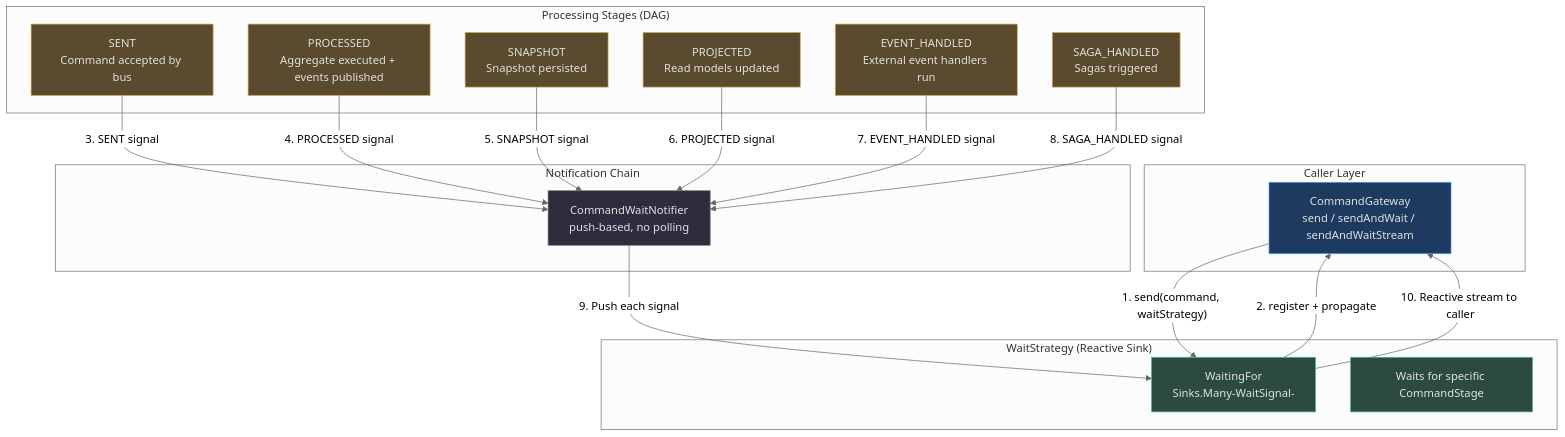
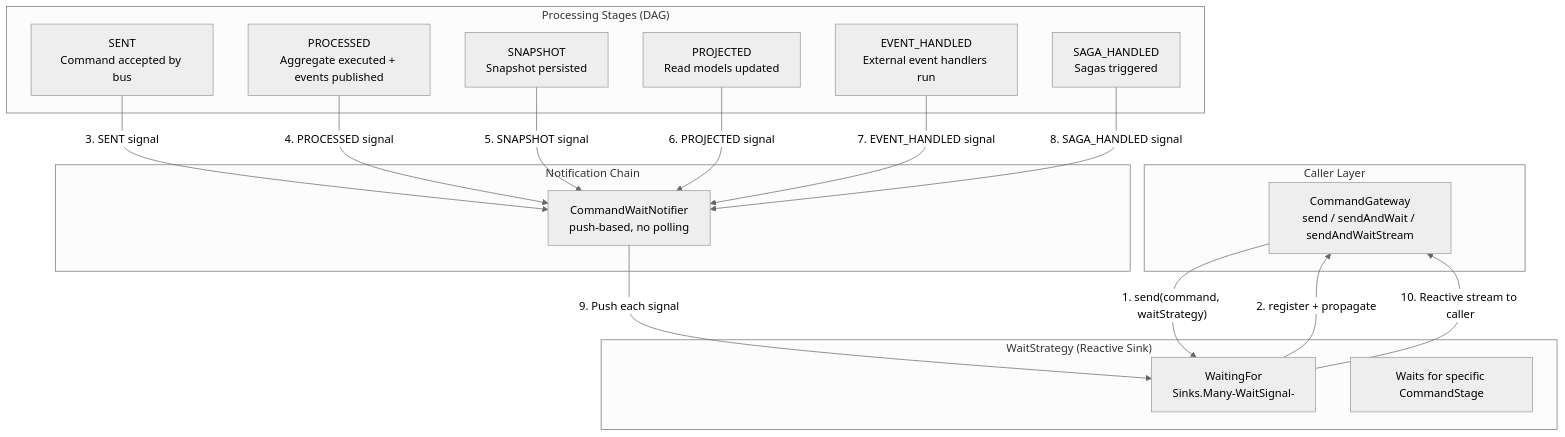
One commit to Ahoo-Wang/Wow changed the first of 4 diagrams in documentation/docs/en/onboarding/staff-engineer-guide.md. Above: the diagram before and after it, drawn with Mermaid (neutral theme). The commit also changed other lines of this file and 32 other files, not shown here.

Commit message:
docs: remove unsupported style/classDef directives from stateDiagram-v2 Mermaid blocks

````diff
--- a/documentation/docs/en/onboarding/staff-engineer-guide.md
+++ b/documentation/docs/en/onboarding/staff-engineer-guide.md
@@ -57,46 +57,36 @@
 ```mermaid
 graph TB
     subgraph "Caller Layer"
         CG[CommandGateway<br>send / sendAndWait / sendAndWaitStream]
     end
 
     subgraph "WaitStrategy (Reactive Sink)"
         WS[WaitingFor<br>Sinks.Many-WaitSignal-]
         WST[Waits for specific CommandStage]
     end
 
     subgraph "Processing Stages (DAG)"
         S1[SENT<br>Command accepted by bus]
         S2[PROCESSED<br>Aggregate executed + events published]
         S3[SNAPSHOT<br>Snapshot persisted]
         S4[PROJECTED<br>Read models updated]
         S5[EVENT_HANDLED<br>External event handlers run]
         S6[SAGA_HANDLED<br>Sagas triggered]
     end
 
     subgraph "Notification Chain"
         CWN[CommandWaitNotifier<br>push-based, no polling]
     end
 
     CG -->|"1. send(command, waitStrategy)"| WS
     WS -->|"2. register + propagate"| CG
     S1 -->|"3. SENT signal"| CWN
     S2 -->|"4. PROCESSED signal"| CWN
     S3 -->|"5. SNAPSHOT signal"| CWN
     S4 -->|"6. PROJECTED signal"| CWN
     S5 -->|"7. EVENT_HANDLED signal"| CWN
     S6 -->|"8. SAGA_HANDLED signal"| CWN
     CWN -->|"9. Push each signal"| WS
     WS -->|"10. Reactive stream to caller"| CG
 
-    style CG fill:#1e3a5f,stroke:#4a9eed,color:#e0e0e0
-    style WS fill:#2d4a3e,stroke:#4aba8a,color:#e0e0e0
-    style WST fill:#2d4a3e,stroke:#4aba8a,color:#e0e0e0
-    style S1 fill:#5a4a2e,stroke:#d4a84b,color:#e0e0e0
-    style S2 fill:#5a4a2e,stroke:#d4a84b,color:#e0e0e0
-    style S3 fill:#5a4a2e,stroke:#d4a84b,color:#e0e0e0
-    style S4 fill:#5a4a2e,stroke:#d4a84b,color:#e0e0e0
-    style S5 fill:#5a4a2e,stroke:#d4a84b,color:#e0e0e0
-    style S6 fill:#5a4a2e,stroke:#d4a84b,color:#e0e0e0
-    style CWN fill:#2d2d3d,stroke:#7a7a8a,color:#e0e0e0
 ```
````
